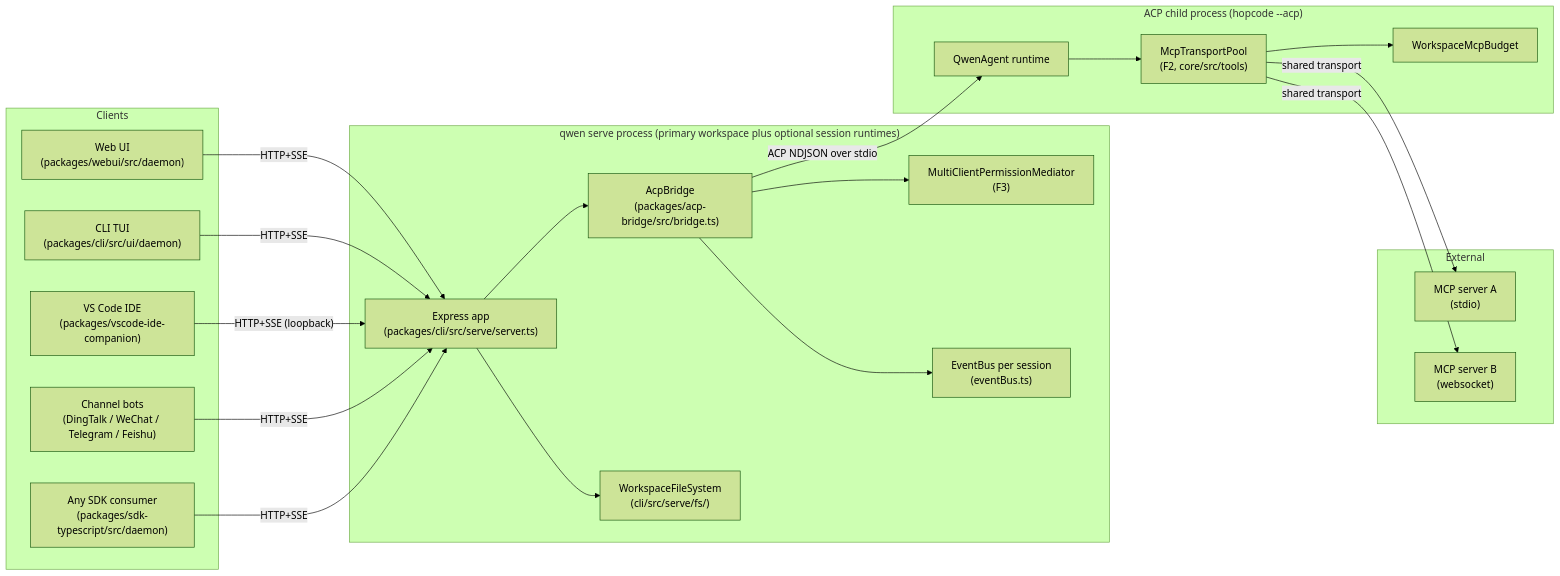
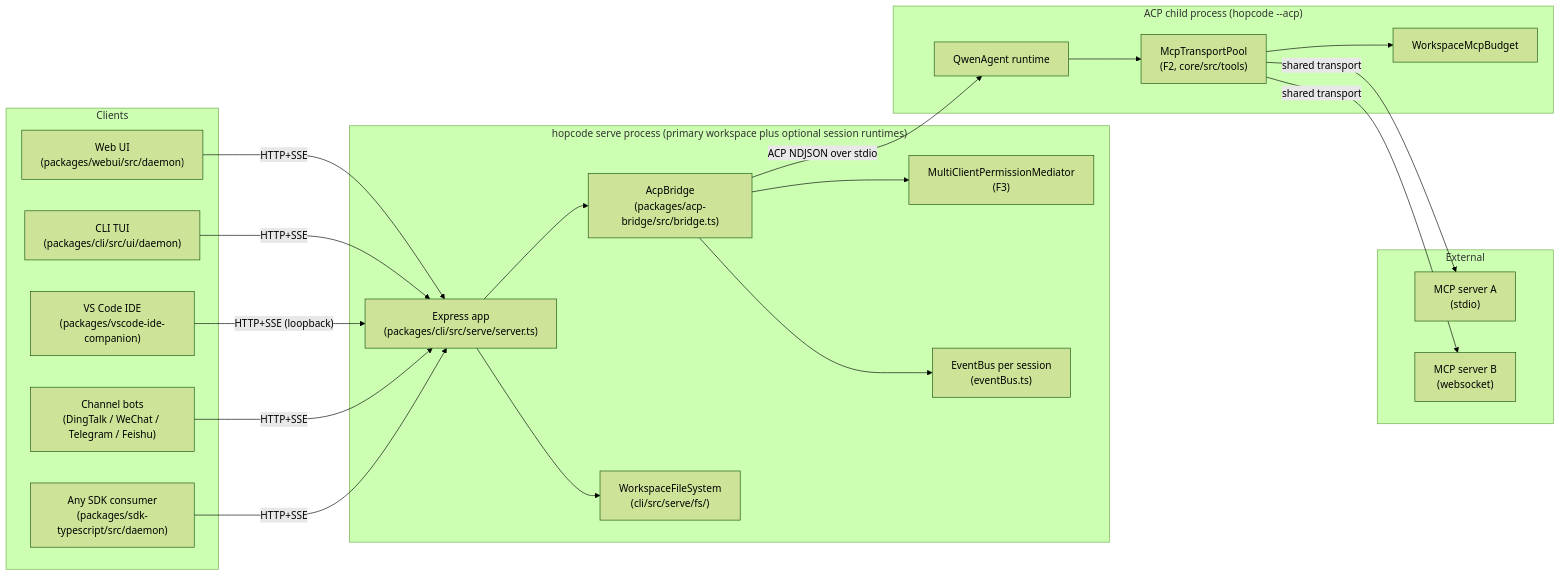
The first of 7 diagrams in docs/developers/daemon/01-architecture.md (TaimoorSiddiquiOfficial/HopCode), drawn with Mermaid (forest theme) before and after one commit. The commit also changed other lines of this file and 14013 other files, not shown here.

Commit message:
fix: remove 13K stale .js build artifacts from git, rename runQwenServe→runHopCodeServe, fix docs

````diff
--- a/docs/developers/daemon/01-architecture.md
+++ b/docs/developers/daemon/01-architecture.md
@@ -13,46 +13,46 @@
 ```mermaid
 flowchart LR
     subgraph clients["Clients"]
         WUI["Web UI<br/>(packages/webui/src/daemon)"]
         TUI["CLI TUI<br/>(packages/cli/src/ui/daemon)"]
         IDE["VS Code IDE<br/>(packages/vscode-ide-companion)"]
         CH["Channel bots<br/>(DingTalk / WeChat / Telegram / Feishu)"]
         SDK["Any SDK consumer<br/>(packages/sdk-typescript/src/daemon)"]
     end
 
-    subgraph daemon["qwen serve process (primary workspace plus optional session runtimes)"]
+    subgraph daemon["hopcode serve process (primary workspace plus optional session runtimes)"]
         EXP["Express app<br/>(packages/cli/src/serve/server.ts)"]
         BR["AcpBridge<br/>(packages/acp-bridge/src/bridge.ts)"]
         MED["MultiClientPermissionMediator<br/>(F3)"]
         EB["EventBus per session<br/>(eventBus.ts)"]
         FS["WorkspaceFileSystem<br/>(cli/src/serve/fs/)"]
     end
 
     subgraph child["ACP child process (hopcode --acp)"]
         AGT["QwenAgent runtime"]
         POOL["McpTransportPool<br/>(F2, core/src/tools)"]
         BDG["WorkspaceMcpBudget"]
     end
 
     subgraph external["External"]
         MCP1["MCP server A<br/>(stdio)"]
         MCP2["MCP server B<br/>(websocket)"]
     end
 
     WUI -- "HTTP+SSE" --> EXP
     TUI -- "HTTP+SSE" --> EXP
     IDE -- "HTTP+SSE (loopback)" --> EXP
     CH -- "HTTP+SSE" --> EXP
     SDK -- "HTTP+SSE" --> EXP
 
     EXP --> BR
     BR --> MED
     BR --> EB
     EXP --> FS
 
     BR -- "ACP NDJSON over stdio" --> AGT
     AGT --> POOL
     POOL --> BDG
     POOL -- "shared transport" --> MCP1
     POOL -- "shared transport" --> MCP2
 ```
````
